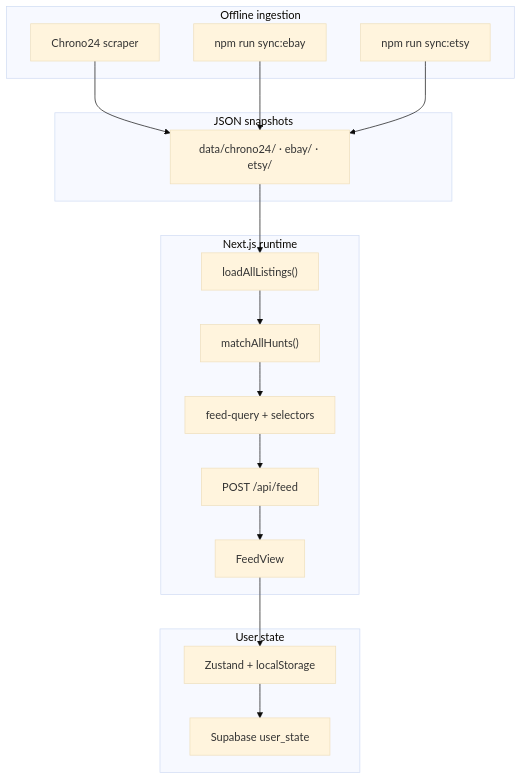
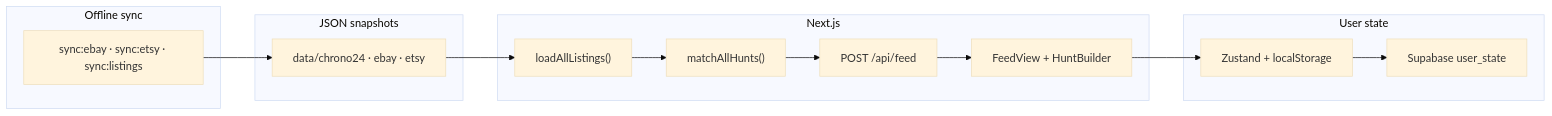
One commit to Jolien-Product-Manager/GoodFinds2.0 changed the diagram in README.md. Above: the diagram before and after it, drawn with Mermaid (base theme). The commit also changed other lines of this file and 7 other files, not shown here.

````diff
--- a/README.md
+++ b/README.md
@@ -118,27 +52,21 @@
 ```mermaid
-flowchart TB
-  subgraph ingest [Offline ingestion]
-    C24["Chrono24 scraper"]
-    Ebay["npm run sync:ebay"]
-    Etsy["npm run sync:etsy"]
+flowchart LR
+  subgraph ingest [Offline sync]
+    Sync["sync:ebay · sync:etsy · sync:listings"]
   end
   subgraph disk [JSON snapshots]
-    Data["data/chrono24/ · ebay/ · etsy/"]
+    Data["data/chrono24 · ebay · etsy"]
   end
-  subgraph app [Next.js runtime]
+  subgraph runtime [Next.js]
     Load["loadAllListings()"]
     Match["matchAllHunts()"]
-    Feed["feed-query + selectors"]
-    API["POST /api/feed"]
-    UI["FeedView"]
+    Feed["POST /api/feed"]
+    UI["FeedView + HuntBuilder"]
   end
-  subgraph persist [User state]
-    Store["Zustand + localStorage"]
+  subgraph state [User state]
+    Zustand["Zustand + localStorage"]
     Supa["Supabase user_state"]
   end
-  C24 --> Data
-  Ebay --> Data
-  Etsy --> Data
-  Data --> Load --> Match --> Feed --> API --> UI
-  UI --> Store --> Supa
+  Sync --> Data --> Load --> Match --> Feed --> UI
+  UI --> Zustand --> Supa
 ```
````
